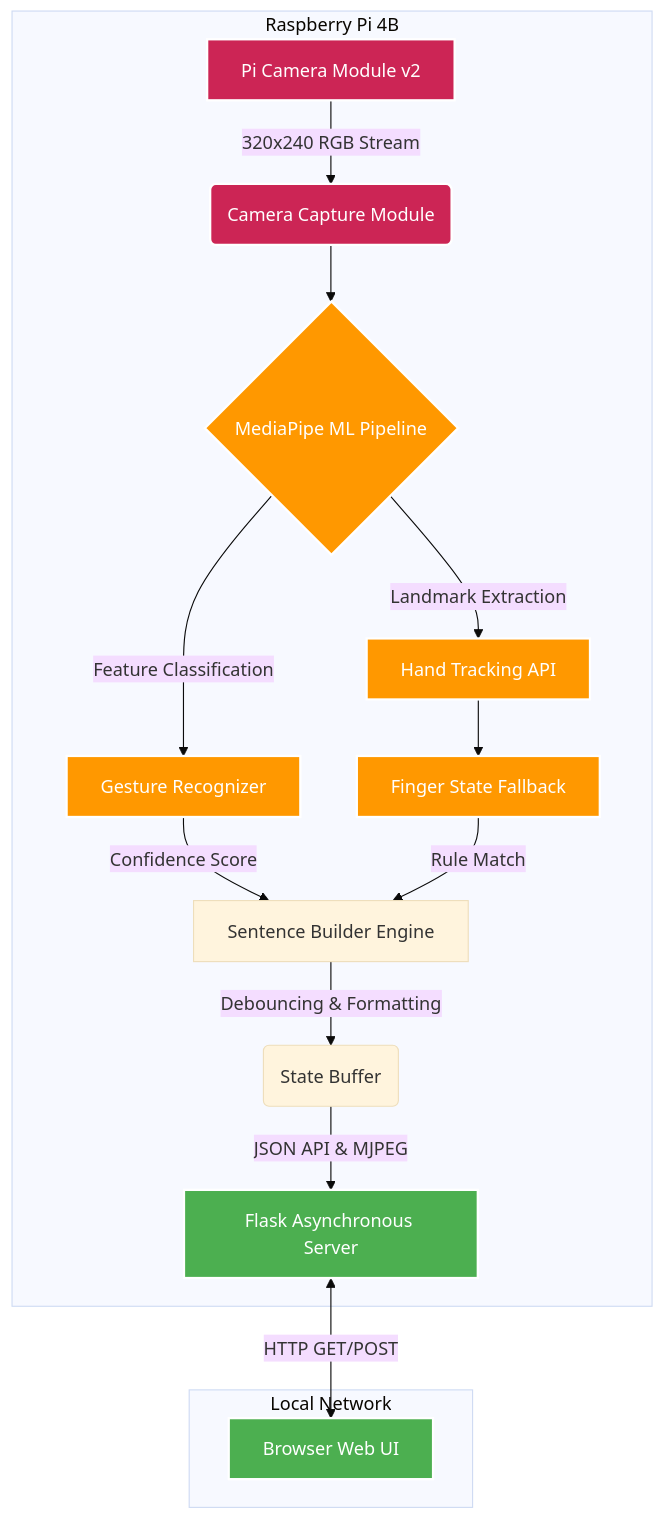
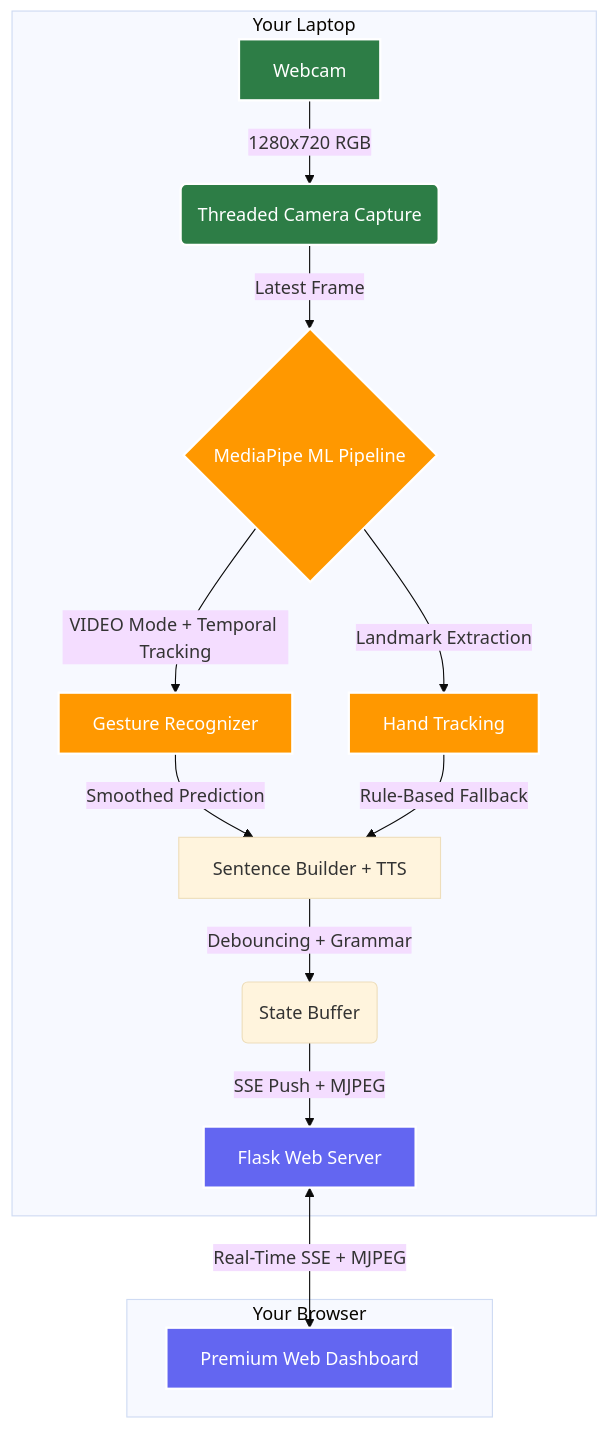
The first of 2 diagrams in README.md (harshgupta170704/Real-Time-Hand-Gesture-to-Sentence-System), drawn with Mermaid (base theme) before and after one commit. The commit also changed other lines of this file and 9 other files, not shown here.

Commit message:
Complete laptop webcam edition with 15 gestures, grammar engine, premium UI and fixed TTS threading

````diff
--- a/README.md
+++ b/README.md
@@ -35,29 +37,28 @@
 ```mermaid
 graph TD
-    subgraph Hardware Edge Device [Raspberry Pi 4B]
-        A[Pi Camera Module v2] -->|320x240 RGB Stream| B(Camera Capture Module)
-        B --> C{MediaPipe ML Pipeline}
+    subgraph Laptop [Your Laptop]
+        A[Webcam] -->|1280x720 RGB| B(Threaded Camera Capture)
+        B -->|Latest Frame| C{MediaPipe ML Pipeline}
         
-        C -->|Landmark Extraction| D[Hand Tracking API]
-        C -->|Feature Classification| E[Gesture Recognizer]
+        C -->|VIDEO Mode + Temporal Tracking| D[Gesture Recognizer]
+        C -->|Landmark Extraction| E[Hand Tracking]
         
-        D --> F[Finger State Fallback]
-        E -->|Confidence Score| G[Sentence Builder Engine]
-        F -->|Rule Match| G
+        D -->|Smoothed Prediction| F[Sentence Builder + TTS]
+        E -->|Rule-Based Fallback| F
         
-        G -->|Debouncing & Formatting| H(State Buffer)
-        H -->|JSON API & MJPEG| I[Flask Asynchronous Server]
+        F -->|Debouncing + Grammar| G(State Buffer)
+        G -->|SSE Push + MJPEG| H[Flask Web Server]
     end
 
-    subgraph Client [Local Network]
-        I <-->|HTTP GET/POST| J[Browser Web UI]
+    subgraph Browser [Your Browser]
+        H <-->|Real-Time SSE + MJPEG| I[Premium Web Dashboard]
     end
     
-    classDef hardware fill:#cc2555,stroke:#fff,stroke-width:2px,color:#fff;
+    classDef hardware fill:#2d7d46,stroke:#fff,stroke-width:2px,color:#fff;
     classDef ml fill:#ff9800,stroke:#fff,stroke-width:2px,color:#fff;
-    classDef web fill:#4CAF50,stroke:#fff,stroke-width:2px,color:#fff;
+    classDef web fill:#6366f1,stroke:#fff,stroke-width:2px,color:#fff;
     
     class A,B hardware;
-    class C,D,E,F ml;
-    class I,J web;
+    class C,D,E ml;
+    class H,I web;
 ```
````
